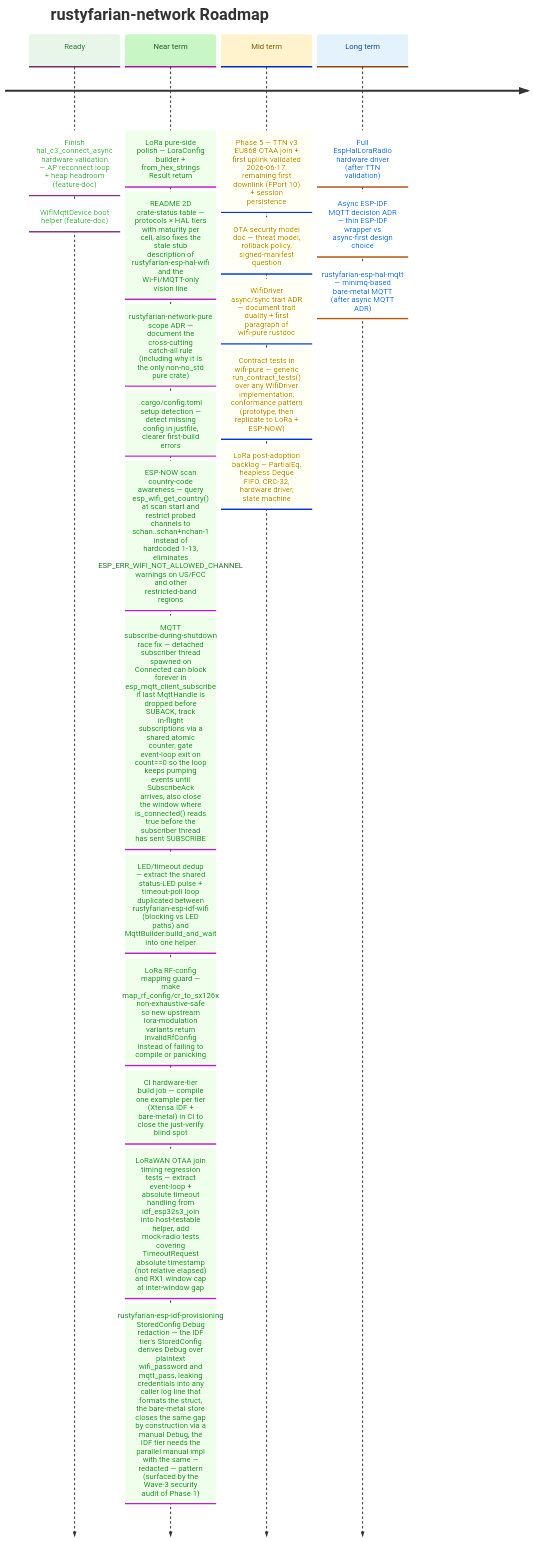
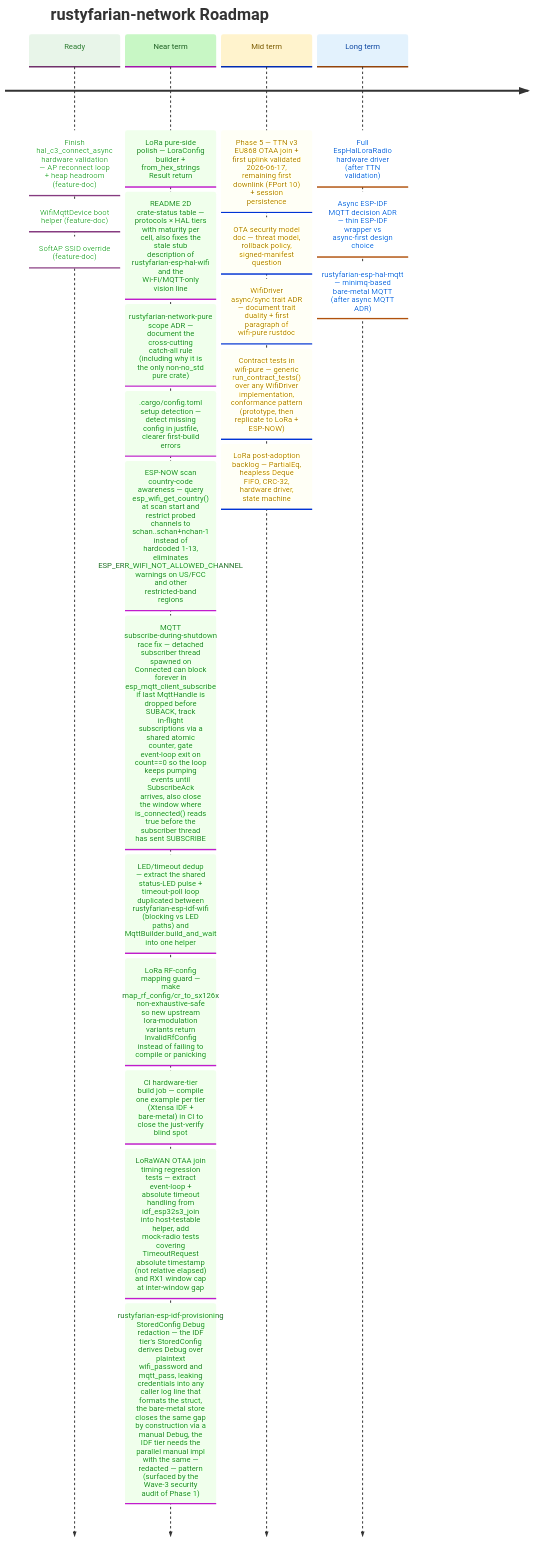
Before and after one commit to datenkollektiv/rustyfarian-network: the diagram in docs/ROADMAP.md, drawn with Mermaid. The commit also changed 14 other files, not shown here.

Commit message:
Add feature doc for SoftAP SSID override v1 and update roadmap

````diff
--- a/docs/ROADMAP.md
+++ b/docs/ROADMAP.md
@@ -18,43 +18,44 @@
 ```mermaid
 %%{init: {
   "theme": "base",
   "themeVariables": {
     "cScale0": "#e8f5e9",
     "cScaleLabel0": "#2e7d32",
     "cScale1": "#c8f7c5",
     "cScaleLabel1": "#1b5e20",
     "cScale2": "#fff3cd",
     "cScaleLabel2": "#7a5a00",
     "cScale3": "#e3f2fd",
     "cScaleLabel3": "#0d47a1"
   }
 }}%%
 
 timeline
     title rustyfarian-network Roadmap
 
     Ready     : Finish hal_c3_connect_async hardware validation — AP reconnect loop + heap headroom (feature-doc)
               : WifiMqttDevice boot helper (feature-doc)
+              : SoftAP SSID override (feature-doc)
 
     Near term : LoRa pure-side polish — LoraConfig builder + from_hex_strings Result return
               : README 2D crate-status table — protocols × HAL tiers with maturity per cell, also fixes the stale stub description of rustyfarian-esp-hal-wifi and the Wi-Fi/MQTT-only vision line
               : rustyfarian-network-pure scope ADR — document the cross-cutting catch-all rule (including why it is the only non-no_std pure crate)
               : .cargo/config.toml setup detection — detect missing config in justfile, clearer first-build errors
               : ESP-NOW scan country-code awareness — query esp_wifi_get_country() at scan start and restrict probed channels to schan..schan+nchan-1 instead of hardcoded 1-13, eliminates ESP_ERR_WIFI_NOT_ALLOWED_CHANNEL warnings on US/FCC and other restricted-band regions
               : MQTT subscribe-during-shutdown race fix — detached subscriber thread spawned on Connected can block forever in esp_mqtt_client_subscribe if last MqttHandle is dropped before SUBACK, track in-flight subscriptions via a shared atomic counter, gate event-loop exit on count==0 so the loop keeps pumping events until SubscribeAck arrives, also close the window where is_connected() reads true before the subscriber thread has sent SUBSCRIBE
               : LED/timeout dedup — extract the shared status-LED pulse + timeout-poll loop duplicated between rustyfarian-esp-idf-wifi (blocking vs LED paths) and MqttBuilder.build_and_wait into one helper
               : LoRa RF-config mapping guard — make map_rf_config/cr_to_sx126x non-exhaustive-safe so new upstream lora-modulation variants return InvalidRfConfig instead of failing to compile or panicking
               : CI hardware-tier build job — compile one example per tier (Xtensa IDF + bare-metal) in CI to close the just-verify blind spot
               : LoRaWAN OTAA join timing regression tests — extract event-loop + absolute timeout handling from idf_esp32s3_join into host-testable helper, add mock-radio tests covering TimeoutRequest absolute timestamp (not relative elapsed) and RX1 window cap at inter-window gap
               : rustyfarian-esp-idf-provisioning StoredConfig Debug redaction — the IDF tier's StoredConfig derives Debug over plaintext wifi_password and mqtt_pass, leaking credentials into any caller log line that formats the struct, the bare-metal store closes the same gap by construction via a manual Debug, the IDF tier needs the parallel manual impl with the same — redacted — pattern (surfaced by the Wave-3 security audit of Phase 1)
 
     Mid term  : Phase 5 — TTN v3 EU868 OTAA join + first uplink validated 2026-06-17, remaining first downlink (FPort 10) + session persistence
               : OTA security model doc — threat model, rollback policy, signed-manifest question
               : WifiDriver async/sync trait ADR — document trait duality + first paragraph of wifi-pure rustdoc
               : Contract tests in wifi-pure — generic run_contract_tests() over any WifiDriver implementation, conformance pattern (prototype, then replicate to LoRa + ESP-NOW)
               : LoRa post-adoption backlog — PartialEq, heapless Deque FIFO, CRC-32, hardware driver, state machine
 
     Long term : Full EspHalLoraRadio hardware driver (after TTN validation)
               : Async ESP-IDF MQTT decision ADR — thin ESP-IDF wrapper vs async-first design choice
               : rustyfarian-esp-hal-mqtt — minimq-based bare-metal MQTT (after async MQTT ADR)
 ```
````
